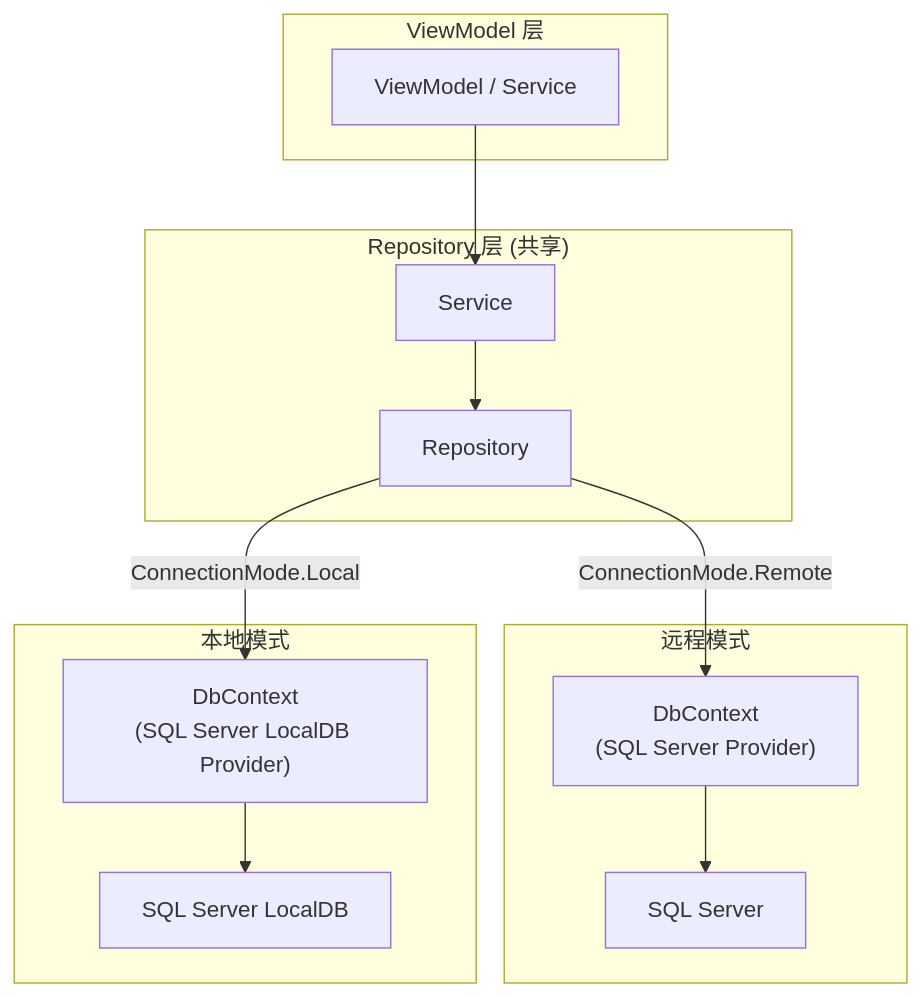
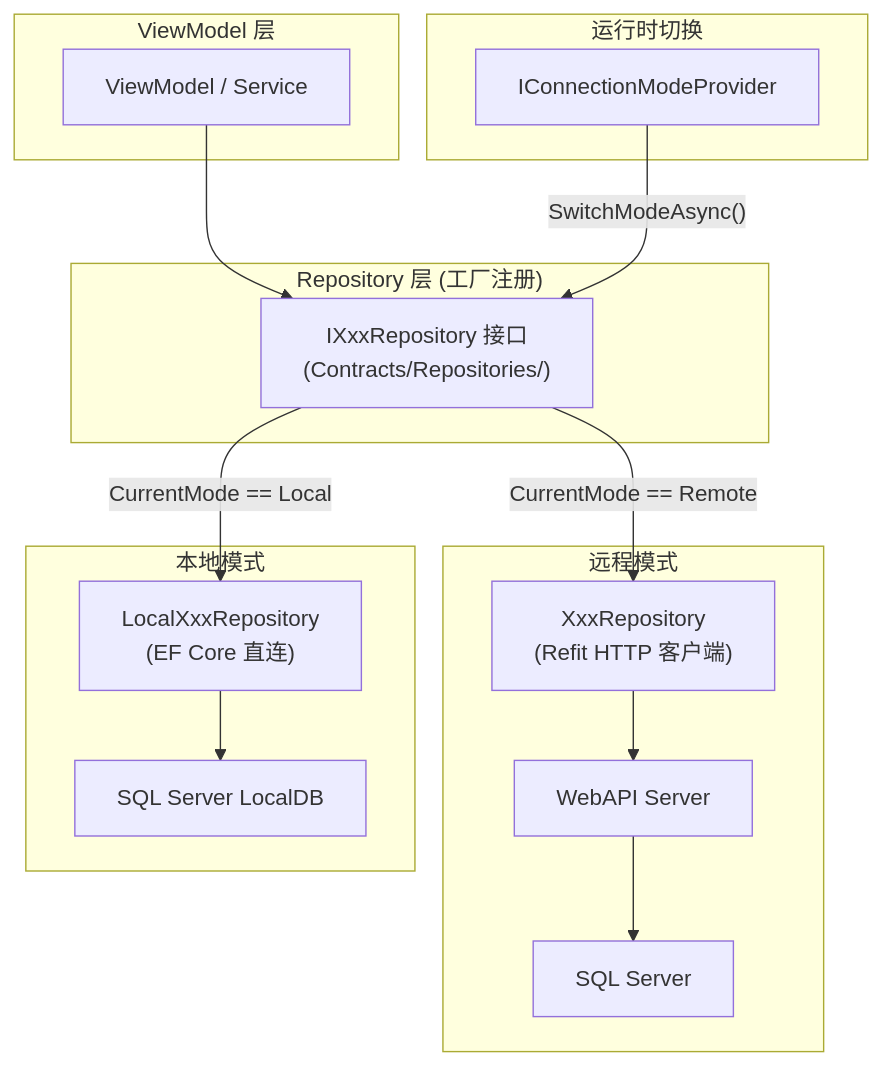
The first of 2 diagrams in docs/03-architecture/dual-mode.md (shouqitao/LYBTZYZS), drawn with Mermaid before and after one commit. The commit also changed other lines of this file and 128 other files, not shown here.

````diff
--- a/docs/03-architecture/dual-mode.md
+++ b/docs/03-architecture/dual-mode.md
@@ -21,28 +11,33 @@
 ```mermaid
 graph TB
     subgraph VM["ViewModel 层"]
         BL["ViewModel / Service"]
     end
 
-    subgraph REPO["Repository 层 (共享)"]
-        R["Repository"]
-        SVC["Service"]
+    subgraph REPO["Repository 层 (工厂注册)"]
+        IRepo["IXxxRepository 接口<br>(Contracts/Repositories/)"]
     end
 
-    BL --> SVC --> R
+    BL --> IRepo
 
-    R -->|"ConnectionMode.Remote"| RemoteCtx
-    R -->|"ConnectionMode.Local"| LocalCtx
+    IRepo -->|"CurrentMode == Remote"| RemoteRepo
+    IRepo -->|"CurrentMode == Local"| LocalRepo
 
     subgraph Remote["远程模式"]
-        RemoteCtx["DbContext<br>(SQL Server Provider)"]
+        RemoteRepo["XxxRepository<br>(Refit HTTP 客户端)"]
+        API["WebAPI Server"]
         SQL["SQL Server"]
-        RemoteCtx --> SQL
+        RemoteRepo --> API --> SQL
     end
 
     subgraph Local["本地模式"]
-        LocalCtx["DbContext<br>(SQL Server LocalDB Provider)"]
+        LocalRepo["LocalXxxRepository<br>(EF Core 直连)"]
         LocalDB["SQL Server LocalDB"]
-        LocalCtx --> LocalDB
+        LocalRepo --> LocalDB
+    end
+
+    subgraph Switch["运行时切换"]
+        CMP["IConnectionModeProvider"]
+        CMP -->|"SwitchModeAsync()"| IRepo
     end
 ```
````
